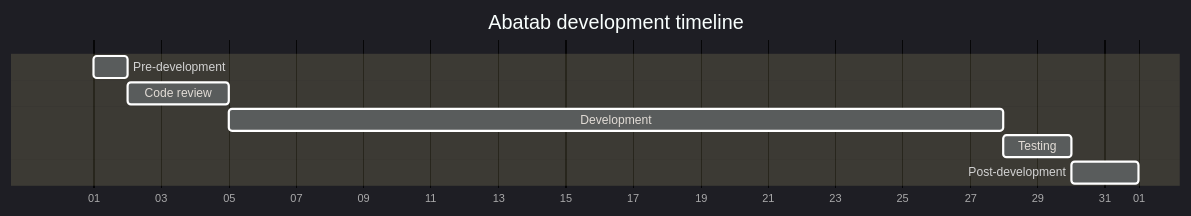
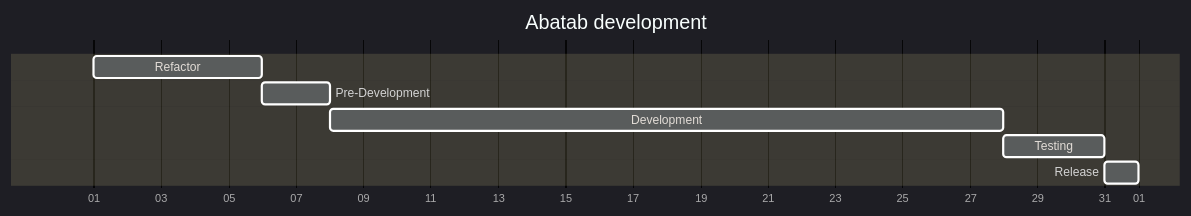
The second of 2 diagrams in Develop/Development-timeline.md (spectrum-health-systems/Abatab-Documentation-Project), drawn with Mermaid before and after one commit. The commit also changed other lines of this file, not shown here.

````diff
--- a/Develop/Development-timeline.md
+++ b/Develop/Development-timeline.md
@@ -11,12 +37,12 @@
 ```mermaid
 %%{init: {'theme':'dark'}}%%
 gantt
-  title Abatab development timeline
+  title Abatab development
   dateFormat X
   axisFormat %d
-  Pre-development : 0, 1d
-  Code review : 3d
-  Development : 23d
-  Testing : 2d
-  Post-development : 2d
+  Refactor : 0, 5d
+  Pre-Development : 2d
+  Development : 20d
+  Testing : 3d
+  Release : 1d
 ```
````
